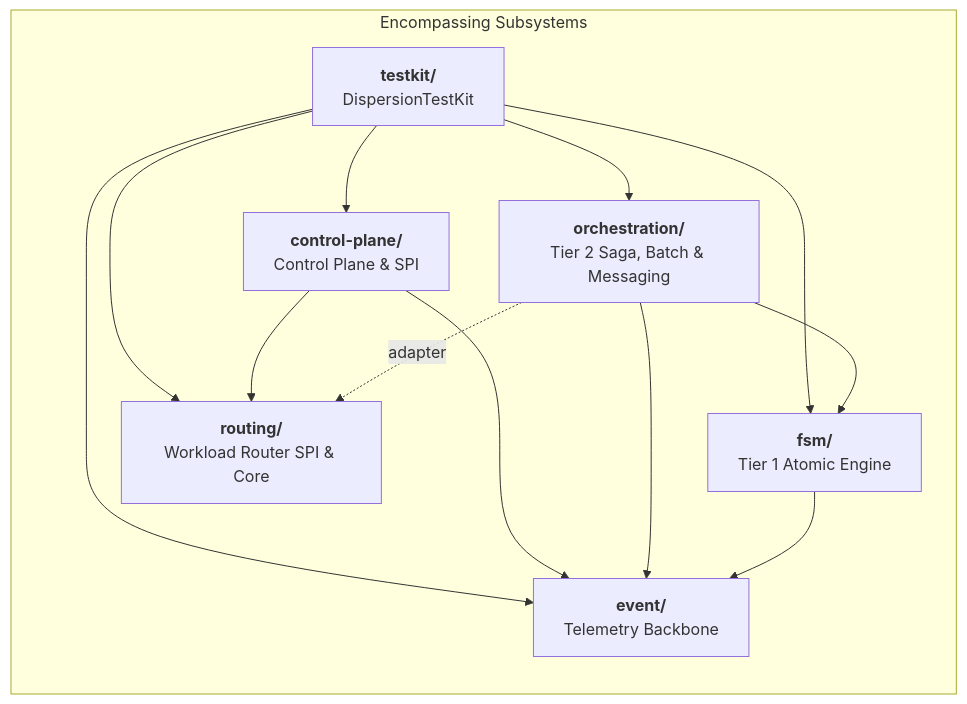
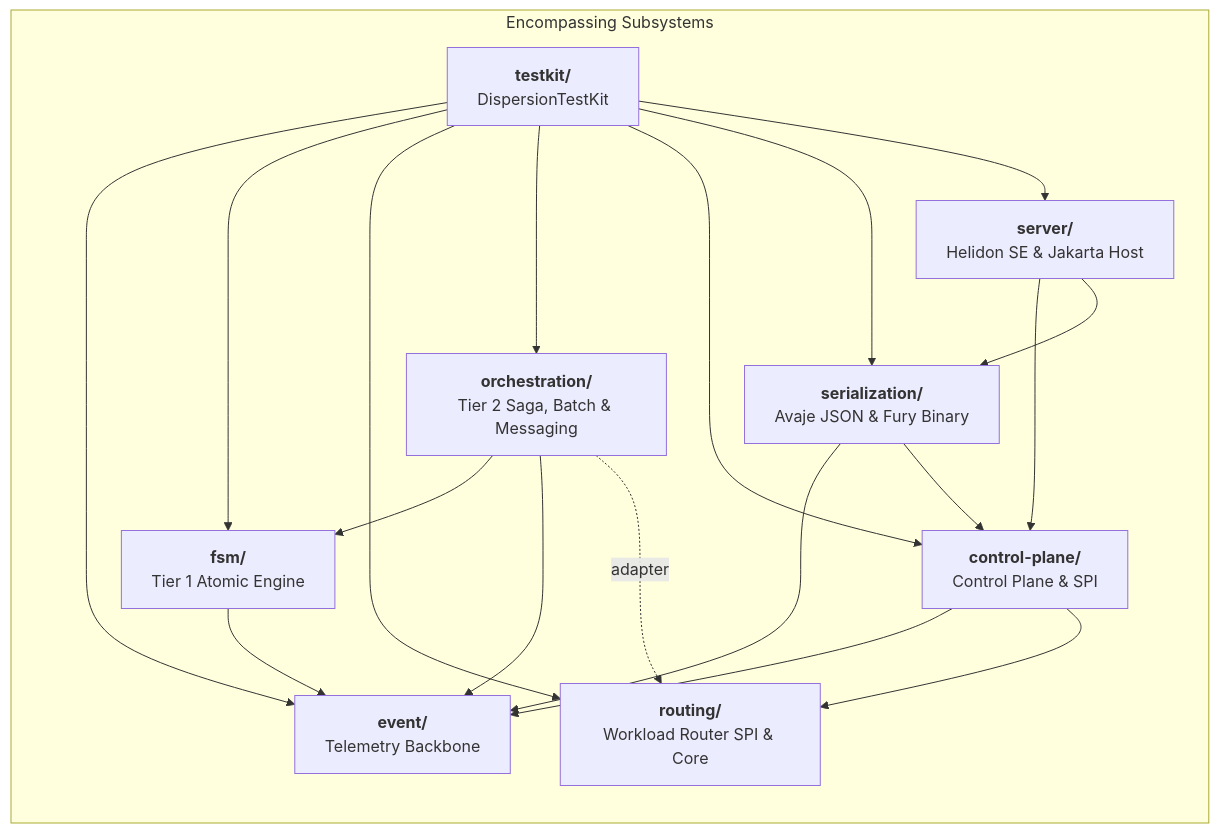
Before and after one commit to f442y/dispersion: the second of 2 diagrams in README.md, drawn with Mermaid. The commit also changed other lines of this file and 16 other files, not shown here.

````diff
--- a/README.md
+++ b/README.md
@@ -356,17 +388,21 @@
 ```mermaid
 graph LR
     subgraph Subsystems["Encompassing Subsystems"]
         E["<b>event/</b><br/>Telemetry Backbone"]
         F["<b>fsm/</b><br/>Tier 1 Atomic Engine"]
         R["<b>routing/</b><br/>Workload Router SPI & Core"]
         O["<b>orchestration/</b><br/>Tier 2 Saga, Batch & Messaging"]
         C["<b>control-plane/</b><br/>Control Plane & SPI"]
+        S["<b>serialization/</b><br/>Avaje JSON & Fury Binary"]
+        SRV["<b>server/</b><br/>Helidon SE & Jakarta Host"]
         T["<b>testkit/</b><br/>DispersionTestKit"]
     end
 
     F --> E
     O --> F & E
     O -.->|adapter| R
     C --> E & R
-    T --> E & F & R & O & C
+    S --> E & C
+    SRV --> C & S
+    T --> E & F & R & O & C & S & SRV
 ```
````
